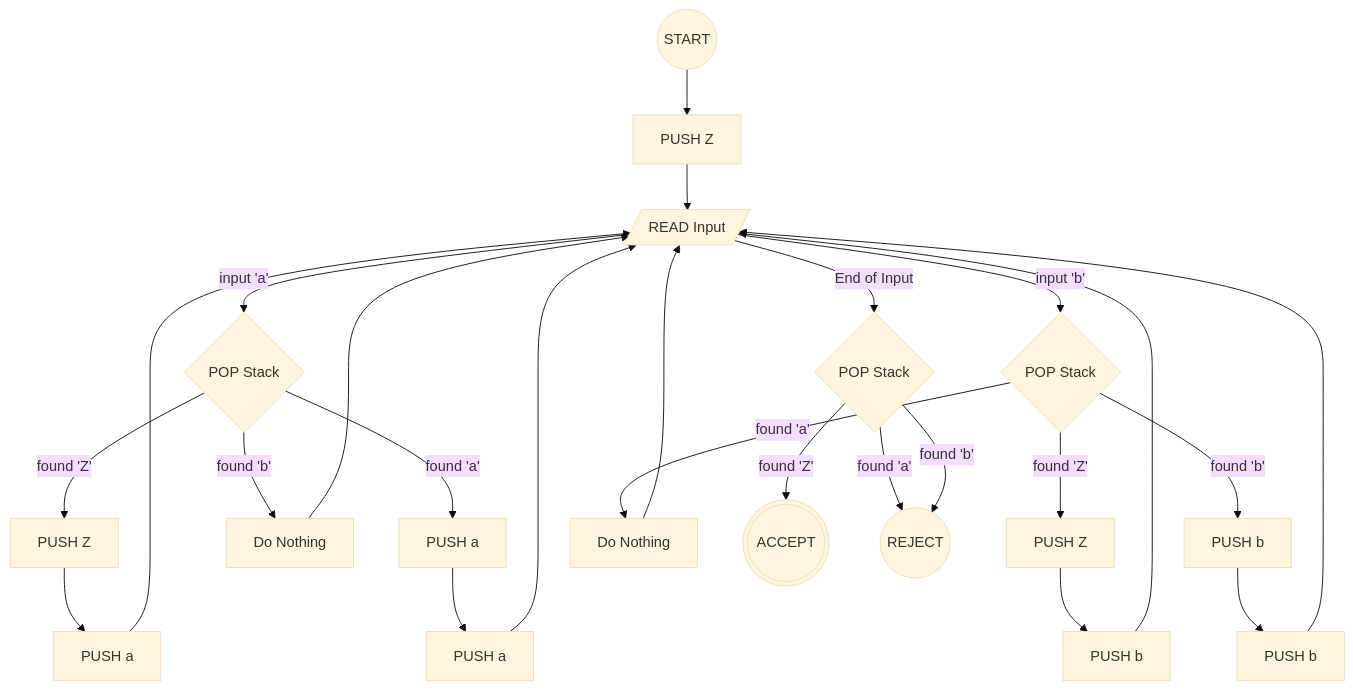
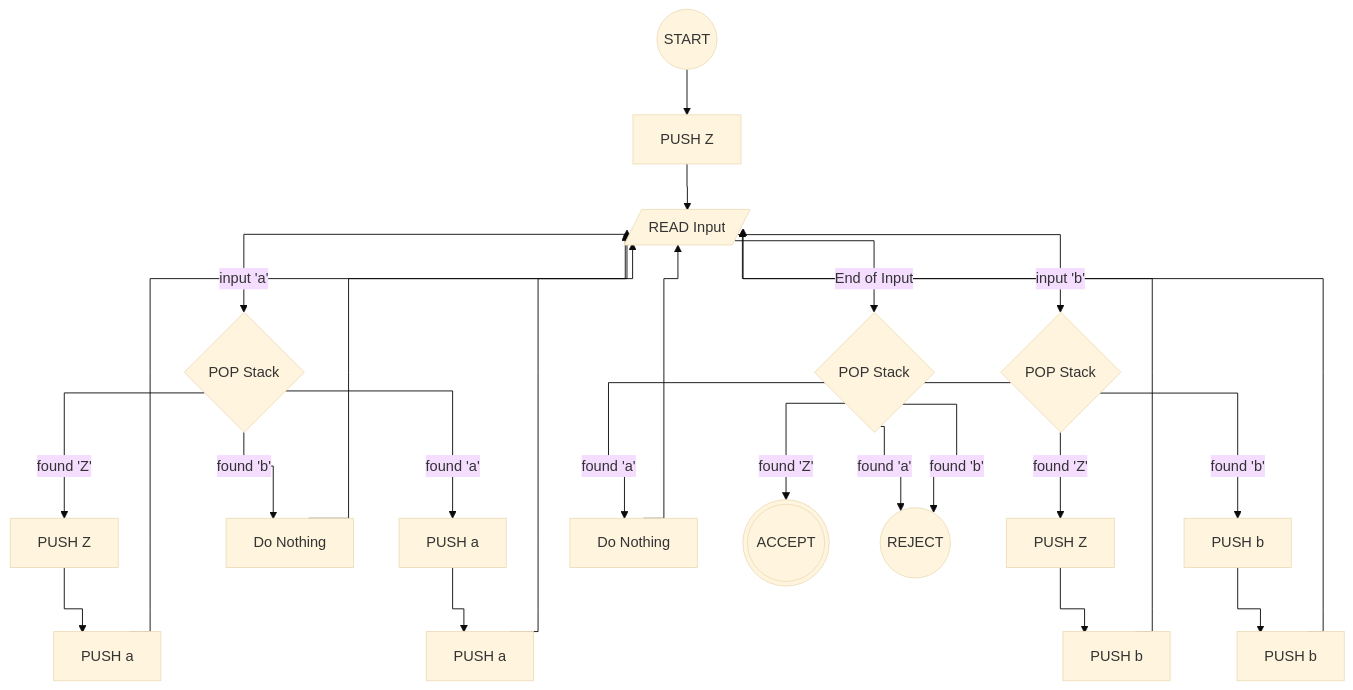
One commit to OmarNiazi/obsidian-notes changed the diagram in Theory of Automata/Test.md. Above: the diagram before and after it, drawn with Mermaid (base theme).

Commit message:
Auto-Saved
Affected files:
Theory of Automata/Test.md

````diff
--- a/Theory of Automata/Test.md
+++ b/Theory of Automata/Test.md
@@ -1,36 +1,37 @@
 ```mermaid
-graph TD
+%%{init: {"flowchart": {"curve": "stepAfter"}}}%%
+flowchart TD
     %% --- SHAPES ---
     %% Start/End: Round
     %% READ: Parallelogram
     %% POP: Diamond (Decision)
     %% PUSH: Rectangle (Action)
 
     Start((START)) --> InitPush[PUSH Z]
     InitPush --> ReadState[/READ Input/]
 
     %% --- THE MAIN LOOP ---
     
     %% Branch 1: Input is 'a'
     ReadState -- input 'a' --> PopCheckA{POP Stack}
     
     PopCheckA -- found 'Z' --> PushAZ[PUSH Z] --> PushA1[PUSH a] --> ReadState
     PopCheckA -- found 'a' --> PushAA[PUSH a] --> PushA2[PUSH a] --> ReadState
     PopCheckA -- found 'b' --> CancelB[Do Nothing] --> ReadState
     %% Explanation: If we pop 'b' and don't push anything back, we effectively cancelled them out.
 
     %% Branch 2: Input is 'b'
     ReadState -- input 'b' --> PopCheckB{POP Stack}
 
     PopCheckB -- found 'Z' --> PushBZ[PUSH Z] --> PushB1[PUSH b] --> ReadState
     PopCheckB -- found 'b' --> PushBB[PUSH b] --> PushB2[PUSH b] --> ReadState
     PopCheckB -- found 'a' --> CancelA[Do Nothing] --> ReadState
     %% Explanation: If we pop 'a' and don't push anything back, we cancelled them out.
 
     %% Branch 3: End of Input
     ReadState -- End of Input --> FinalCheck{POP Stack}
 
     FinalCheck -- found 'Z' --> Accept(((ACCEPT)))
     FinalCheck -- found 'a' --> Reject((REJECT))
     FinalCheck -- found 'b' --> Reject
 ```
````
